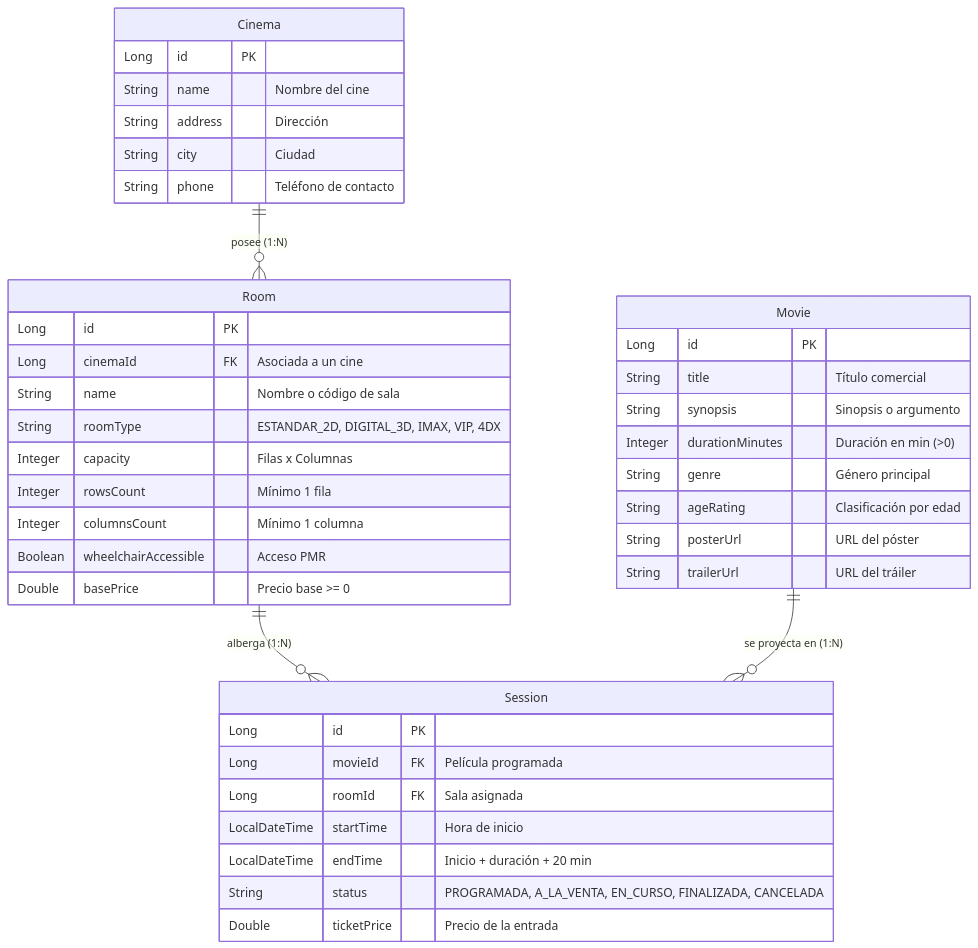
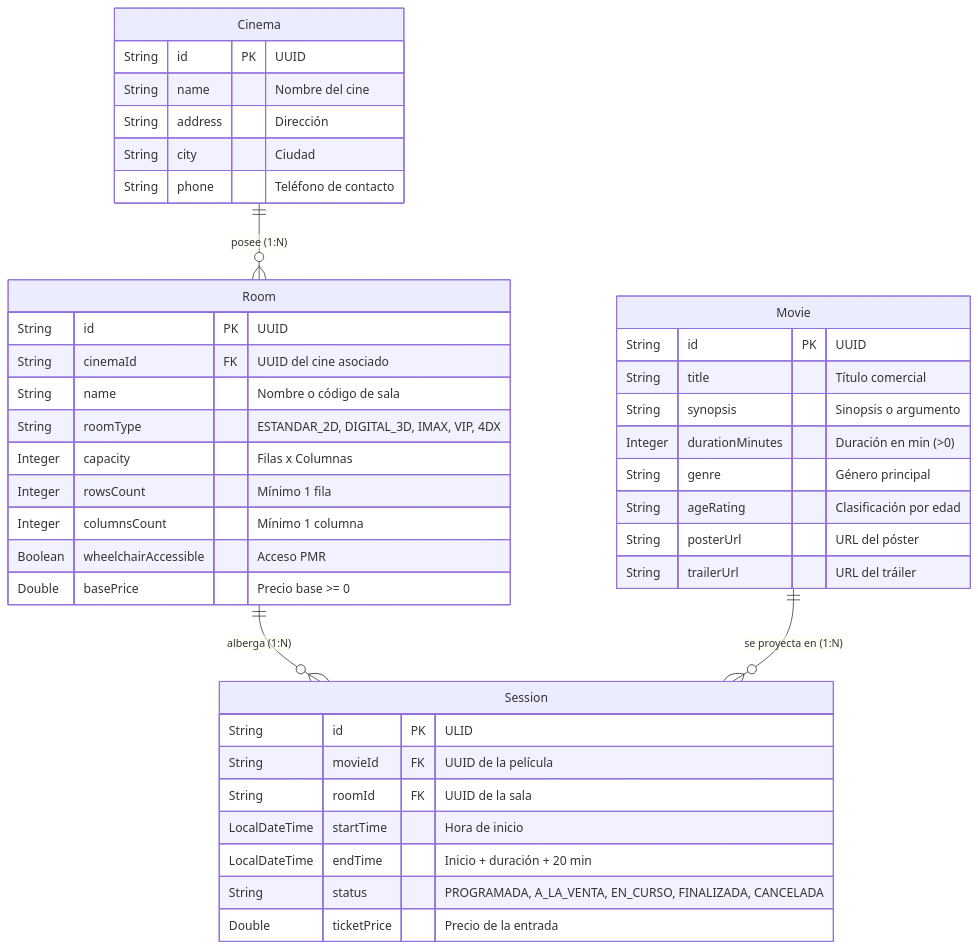
The second of 2 diagrams in componente1-cartelera/docs/README.md (Sofia-PL/GB05-cinASEE-Sofia), drawn with Mermaid before and after one commit. The commit also changed other lines of this file and 106 other files, not shown here.

````diff
--- a/componente1-cartelera/docs/README.md
+++ b/componente1-cartelera/docs/README.md
@@ -36,47 +36,47 @@
 ```mermaid
 erDiagram
     Cinema ||--o{ Room : "posee (1:N)"
     Room ||--o{ Session : "alberga (1:N)"
     Movie ||--o{ Session : "se proyecta en (1:N)"
 
     Cinema {
-        Long id PK
+        String id PK "UUID"
         String name "Nombre del cine"
         String address "Dirección"
         String city "Ciudad"
         String phone "Teléfono de contacto"
     }
 
     Room {
-        Long id PK
-        Long cinemaId FK "Asociada a un cine"
+        String id PK "UUID"
+        String cinemaId FK "UUID del cine asociado"
         String name "Nombre o código de sala"
         String roomType "ESTANDAR_2D, DIGITAL_3D, IMAX, VIP, 4DX"
         Integer capacity "Filas x Columnas"
         Integer rowsCount "Mínimo 1 fila"
         Integer columnsCount "Mínimo 1 columna"
         Boolean wheelchairAccessible "Acceso PMR"
         Double basePrice "Precio base >= 0"
     }
 
     Movie {
-        Long id PK
+        String id PK "UUID"
         String title "Título comercial"
         String synopsis "Sinopsis o argumento"
         Integer durationMinutes "Duración en min (>0)"
         String genre "Género principal"
         String ageRating "Clasificación por edad"
         String posterUrl "URL del póster"
         String trailerUrl "URL del tráiler"
     }
 
     Session {
-        Long id PK
-        Long movieId FK "Película programada"
-        Long roomId FK "Sala asignada"
+        String id PK "ULID"
+        String movieId FK "UUID de la película"
+        String roomId FK "UUID de la sala"
         LocalDateTime startTime "Hora de inicio"
         LocalDateTime endTime "Inicio + duración + 20 min"
         String status "PROGRAMADA, A_LA_VENTA, EN_CURSO, FINALIZADA, CANCELADA"
         Double ticketPrice "Precio de la entrada"
     }
 ```
````
